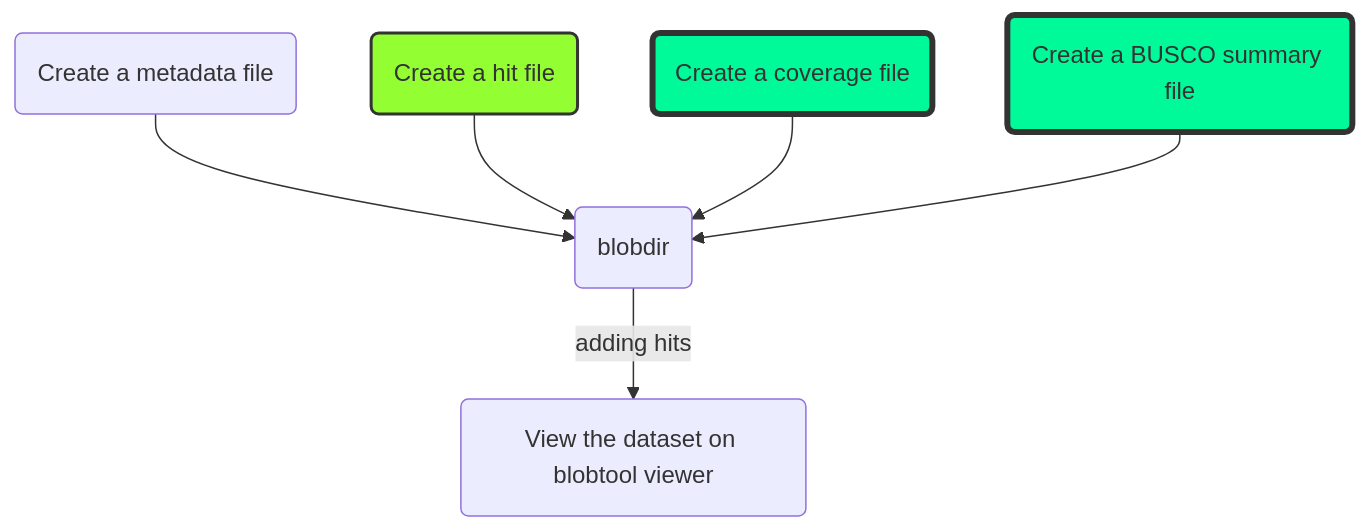
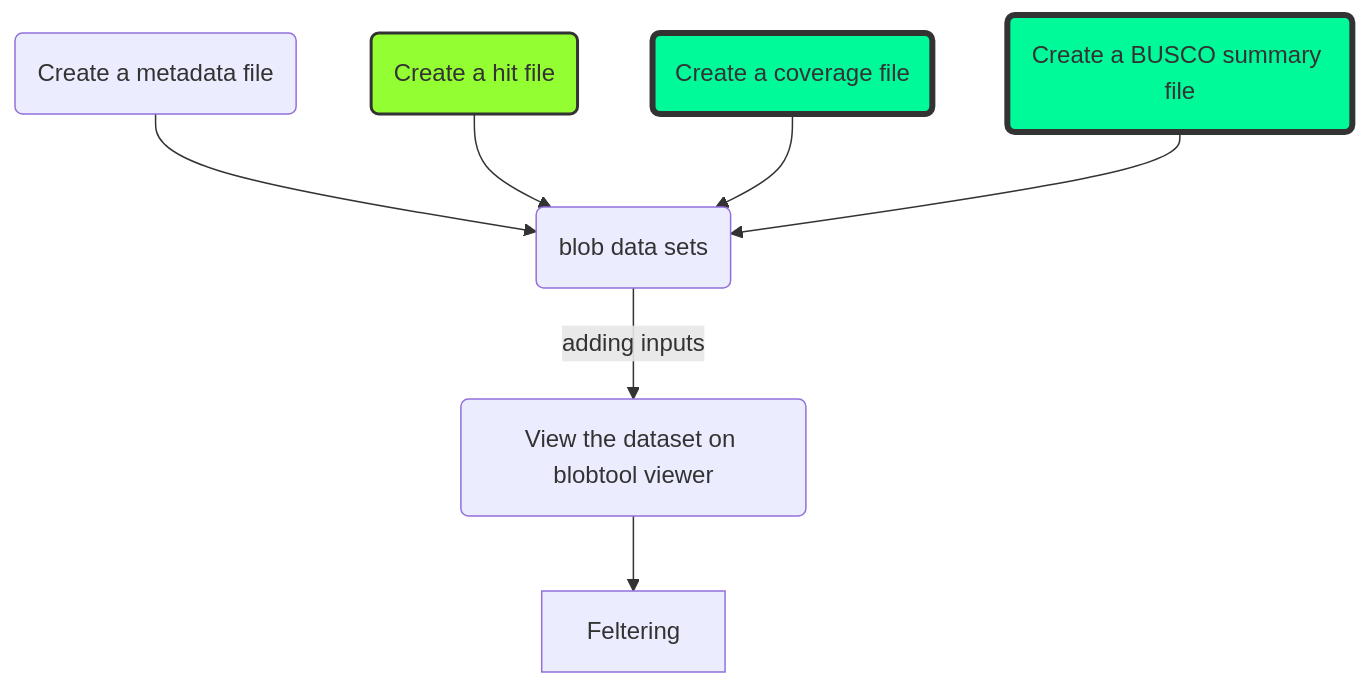
The second of 2 diagrams in README.md (SolayMane/BTKCourse), drawn with Mermaid before and after one commit. The commit also changed other lines of this file, not shown here.

````diff
--- a/README.md
+++ b/README.md
@@ -65,13 +65,14 @@
 ```mermaid
 graph TB
     er(Create a metadata file) --> aa(blobdir)
     a(Create a hit file) --> aa(blobdir)
     b(Create a coverage file) --> aa(blobdir)
-    c(Create a BUSCO summary file) --> aa(blobdir)
-    aa -->| adding hits| x(View the dataset on blobtool viewer)
+    c(Create a BUSCO summary file) --> aa(blob data sets)
+    aa -->| adding inputs| x(View the dataset on blobtool viewer)
+    x --> Feltering
         classDef green fill:#93FF33,stroke:#333,stroke-width:2px
         classDef blue fill:#00FA9A,stroke:#333,stroke-width:4px
        
         class g,a,h green
         class b,c,d,e,f blue
  ```      
````
